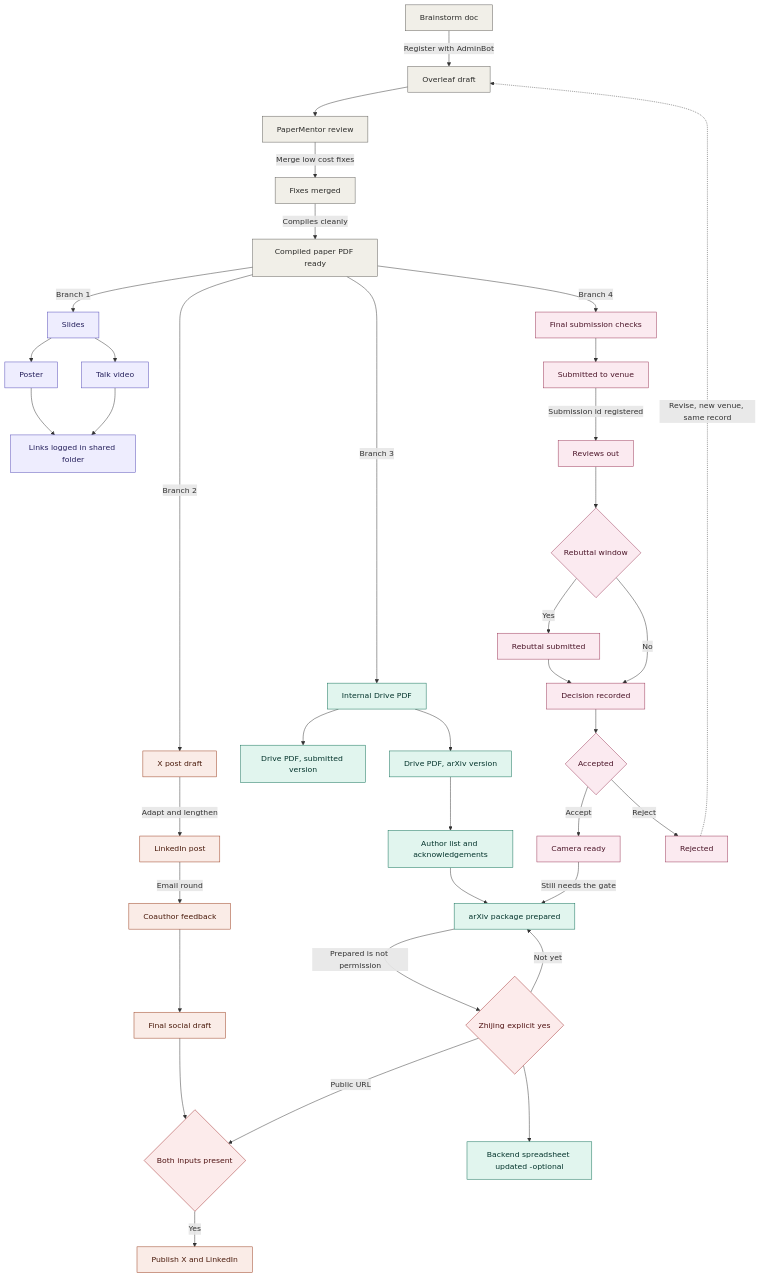
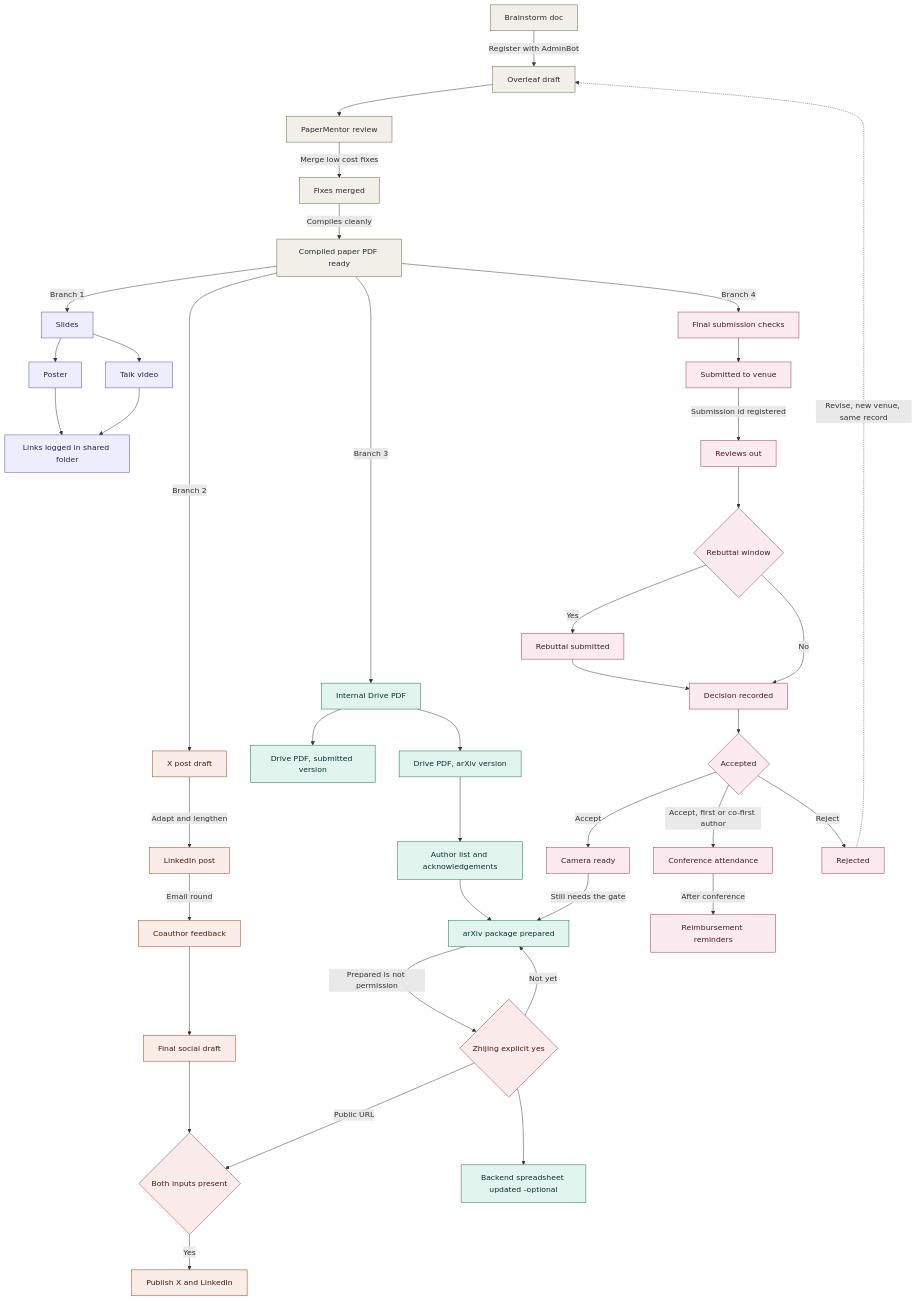
The diagram in openclaw-adminbot/packages/nudge-engine/docs/paperflow.md (akhkim/adminbot), drawn with Mermaid before and after one commit. The commit also changed other lines of this file and 5 other files, not shown here.

````diff
--- a/openclaw-adminbot/packages/nudge-engine/docs/paperflow.md
+++ b/openclaw-adminbot/packages/nudge-engine/docs/paperflow.md
@@ -3,66 +3,71 @@
 ```mermaid
 %% Revised from the original. Two changes, both in the arXiv branch:
 %%   1. ZP [Zhijing review] removed — Zhijing's involvement halves to one gate, GT
 %%      (also dropped from the `rel` class list)
 %%   2. both of ZP's inbound edges (AK, CM) now land on PK
+%%   3. CA [Conference attendance] and RM [Reimbursement reminders] added off the accept
+%%      path — travel is triggered by acceptance and runs parallel to camera ready, not
+%%      after it. Guarded on first / co-first authorship. Checklist below the diagram.
 %% PK therefore has two inbound edges and is an OR-join: AK alone OR CM alone is enough.
 %% This matters because a reject prunes CM — under AND, branch 3 would deadlock
 %% permanently and silently, and the preprint could never be posted.
 flowchart TD
     BR[Brainstorm doc] -->|Register with AdminBot| OV[Overleaf draft]
     OV --> PM[PaperMentor review]
     PM -->|Merge low cost fixes| FX[Fixes merged]
     FX -->|Compiles cleanly| PDF[Compiled paper PDF ready]
 
     PDF -->|Branch 1| SL[Slides]
     PDF -->|Branch 2| XD[X post draft]
     PDF -->|Branch 3| DR[Internal Drive PDF]
     PDF -->|Branch 4| CK[Final submission checks]
 
     SL --> PO[Poster]
     SL --> TV[Talk video]
     PO --> LG[Links logged in shared folder]
     TV --> LG
 
     XD -->|Adapt and lengthen| LI[LinkedIn post]
     LI -->|Email round| CP[Coauthor feedback]
     CP --> SF[Final social draft]
 
     DR --> DS[Drive PDF, submitted version]
     DR --> DA[Drive PDF, arXiv version]
     DA --> AK[Author list and acknowledgements]
     AK --> PK[arXiv package prepared]
     PK -->|Prepared is not permission| GT{Zhijing explicit yes}
     GT -->|Not yet| PK
     GT -->|Public URL| JN
     GT --> BE[Backend spreadsheet updated -optional]
 
     CK --> SB[Submitted to venue]
     SB -->|Submission id registered| RV[Reviews out]
     RV --> RB{Rebuttal window}
     RB -->|Yes| RS[Rebuttal submitted]
     RB -->|No| DC[Decision recorded]
     RS --> DC
     DC --> AC{Accepted}
     AC -->|Accept| CM[Camera ready]
+    AC -->|Accept, first or co-first author| CA[Conference attendance]
     AC -->|Reject| RJ[Rejected]
+    CA -->|After conference| RM[Reimbursement reminders]
     CM -->|Still needs the gate| PK
     RJ -.->|Revise, new venue, same record| OV
 
     SF --> JN{Both inputs present}
     JN -->|Yes| PS[Publish X and LinkedIn]
 
     classDef pres fill:#EEEDFE,stroke:#534AB7,color:#26215C
     classDef soc fill:#FAECE7,stroke:#993C1D,color:#4A1B0C
     classDef rel fill:#E1F5EE,stroke:#0F6E56,color:#04342C
     classDef conf fill:#FBEAF0,stroke:#993556,color:#4B1528
     classDef gate fill:#FCEBEB,stroke:#A32D2D,color:#501313
     classDef hub fill:#F1EFE8,stroke:#5F5E5A,color:#2C2C2A
 
     class BR,OV,PM,FX,PDF hub
     class SL,PO,TV,LG pres
     class XD,LI,CP,SF,PS soc
     class DR,DS,DA,AK,PK,BE rel
-    class CK,SB,RV,RB,RS,DC,AC,CM,RJ conf
+    class CK,SB,RV,RB,RS,DC,AC,CM,RJ,CA,RM conf
     class GT,JN gate
 ```
````
